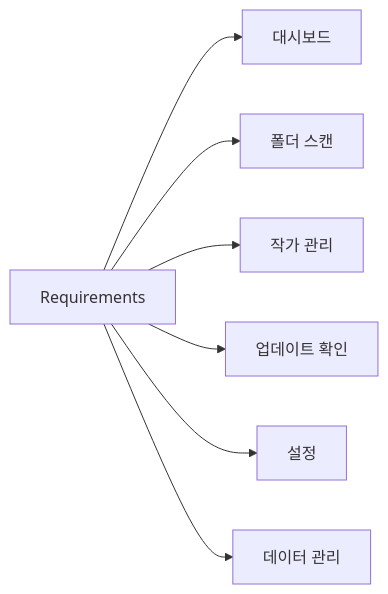
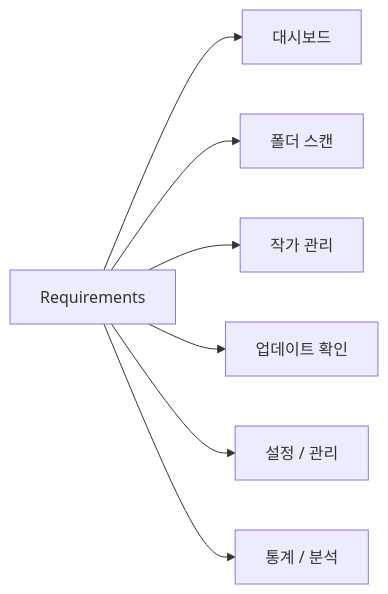
The diagram in docs/02_REQUIREMENTS.md (PKT0623/PixivLocalManager), drawn with Mermaid before and after one commit. The commit also changed other lines of this file and 10 other files, not shown here.

````diff
--- a/docs/02_REQUIREMENTS.md
+++ b/docs/02_REQUIREMENTS.md
@@ -5,12 +5,12 @@
 ```mermaid
 flowchart LR
 
 REQ[Requirements]
 
 REQ --> DASHBOARD[대시보드]
 REQ --> SCAN[폴더 스캔]
 REQ --> ARTIST[작가 관리]
 REQ --> UPDATE[업데이트 확인]
-REQ --> SETTINGS[설정]
-REQ --> DATA[데이터 관리]
+REQ --> SETTINGS[설정 / 관리]
+REQ --> STATISTICS[통계 / 분석]
 ```
````
